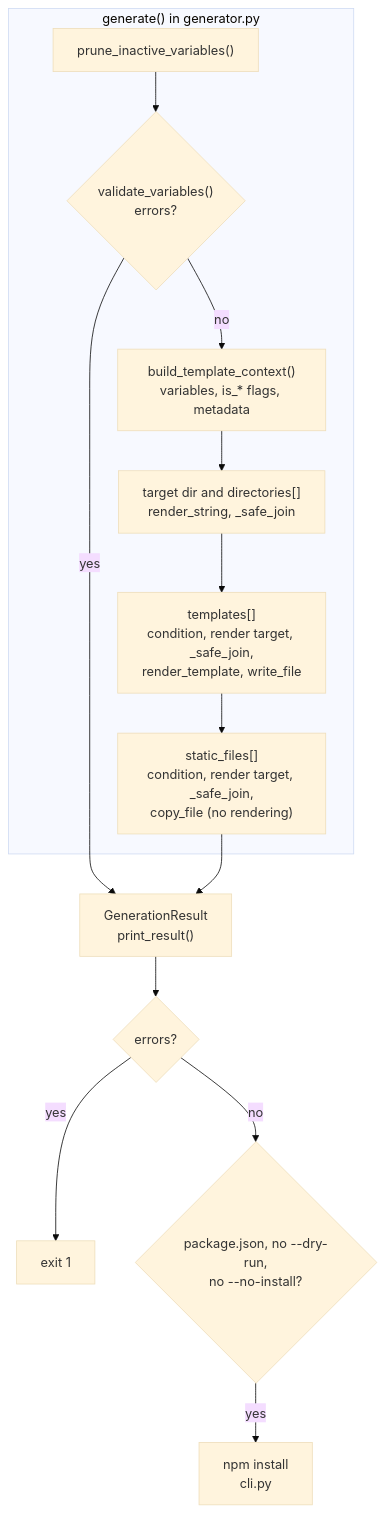
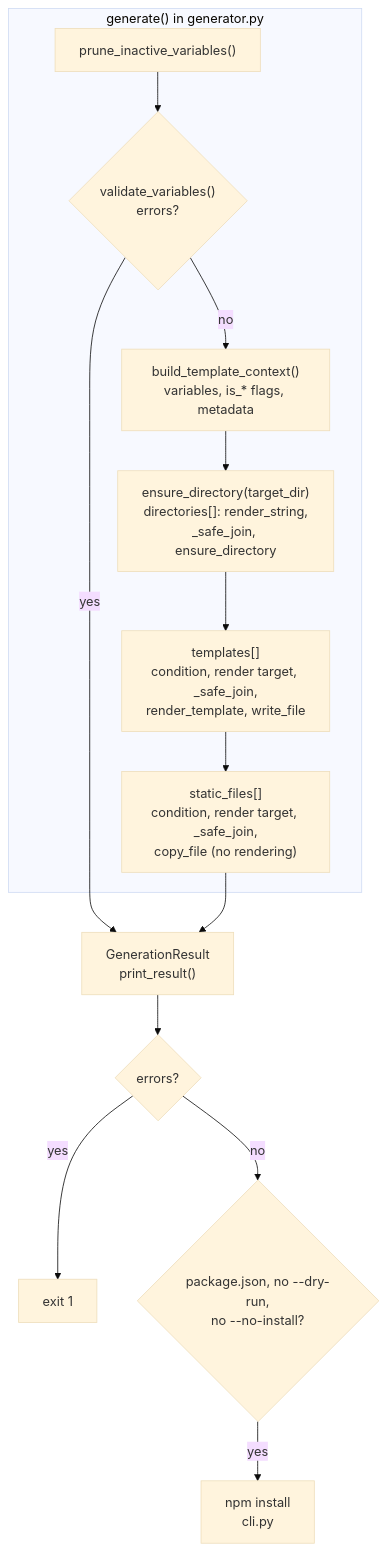
The second of 2 diagrams in docs/architecture.md (LanNguyenSi/scaffoldkit), drawn with Mermaid (base theme) before and after one commit. The commit also changed other lines of this file and 3 other files, not shown here.

````diff
--- a/docs/architecture.md
+++ b/docs/architecture.md
@@ -72,16 +74,16 @@
 ```mermaid
 flowchart TD
     subgraph GENERATE["generate() in generator.py"]
         PRUNE["prune_inactive_variables()"] --> VAL{"validate_variables()<br/>errors?"}
         VAL -->|no| CTX["build_template_context()<br/>variables, is_* flags, metadata"]
-        CTX --> DIRS["target dir and directories[]<br/>render_string, _safe_join"]
+        CTX --> DIRS["ensure_directory(target_dir)<br/>directories[]: render_string,<br/>_safe_join, ensure_directory"]
         DIRS --> TPL["templates[]<br/>condition, render target, _safe_join,<br/>render_template, write_file"]
         TPL --> STATIC["static_files[]<br/>condition, render target, _safe_join,<br/>copy_file (no rendering)"]
     end
     VAL -->|yes| OUT["GenerationResult<br/>print_result()"]
     STATIC --> OUT
     OUT --> OK{"errors?"}
     OK -->|yes| EXIT["exit 1"]
     OK -->|no| NPM{"package.json, no --dry-run,<br/>no --no-install?"}
     NPM -->|yes| INSTALL["npm install<br/>cli.py"]
 ```
````
